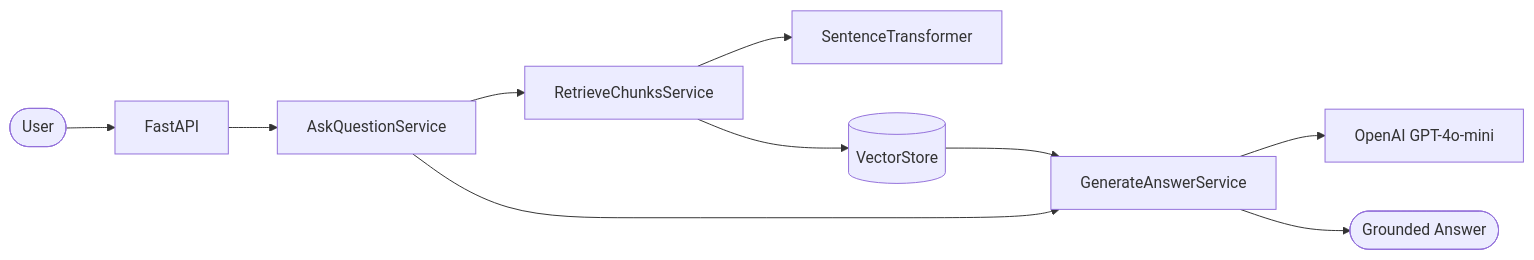
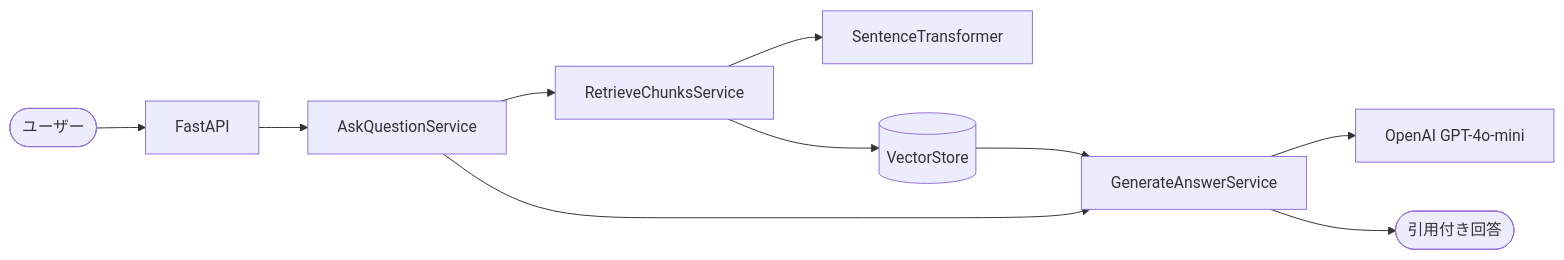
Before and after one commit to ToruCode/medical-guideline-rag: the first of 3 diagrams in README.md, drawn with Mermaid. The commit also changed other lines of this file, not shown here.

````diff
--- a/README.md
+++ b/README.md
@@ -59,39 +150,23 @@
 ```mermaid
 flowchart LR
 
-User([User])
-
+User([ユーザー])
 API[FastAPI]
-
 Ask[AskQuestionService]
-
 Retrieve[RetrieveChunksService]
-
 Generate[GenerateAnswerService]
-
 Embed[SentenceTransformer]
-
 Vector[(VectorStore)]
-
 LLM[OpenAI GPT-4o-mini]
-
-Answer([Grounded Answer])
+Answer([引用付き回答])
 
 User --> API
-
 API --> Ask
-
 Ask --> Retrieve
-
 Ask --> Generate
-
 Retrieve --> Embed
-
 Retrieve --> Vector
-
 Generate --> LLM
-
 Vector --> Generate
-
 Generate --> Answer
 ```
````
